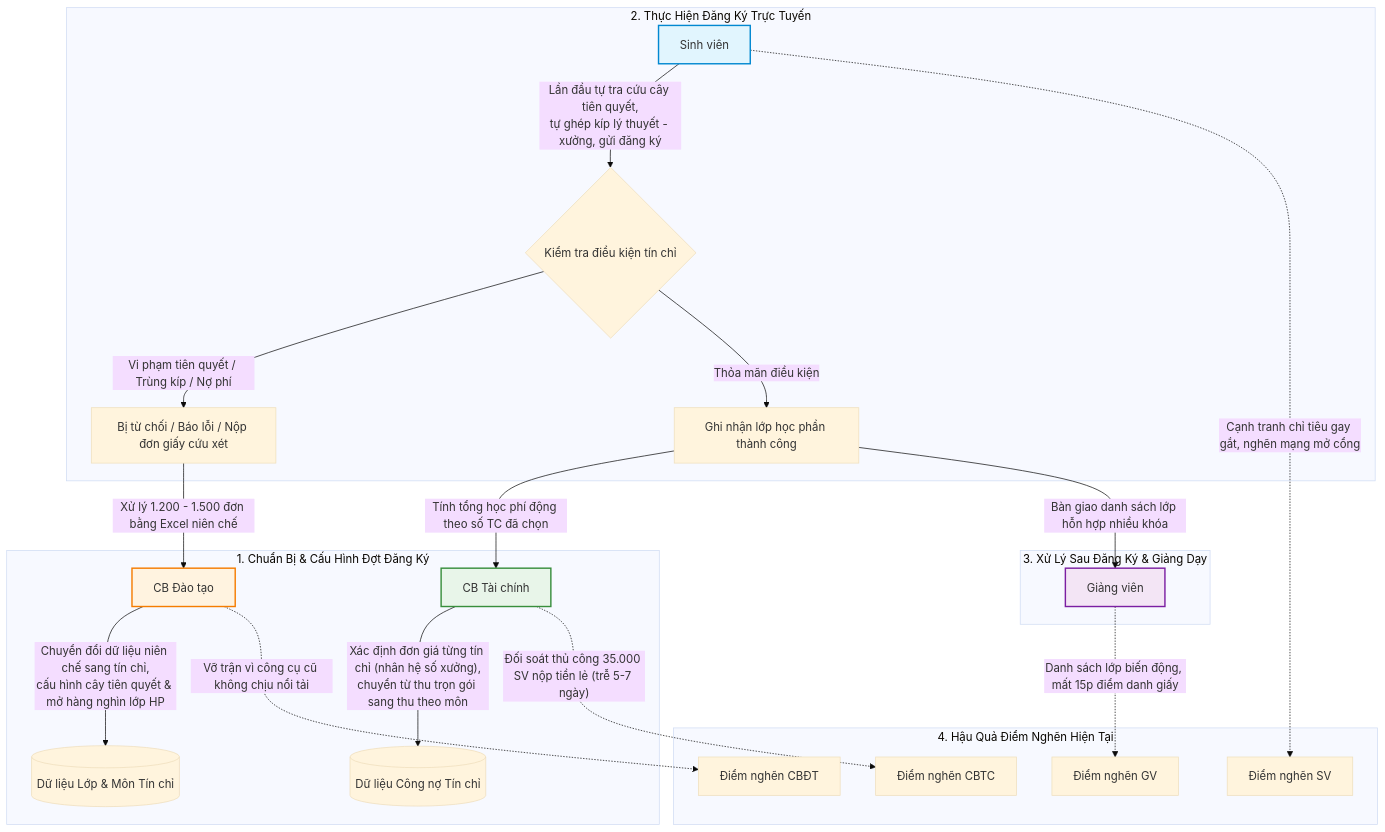
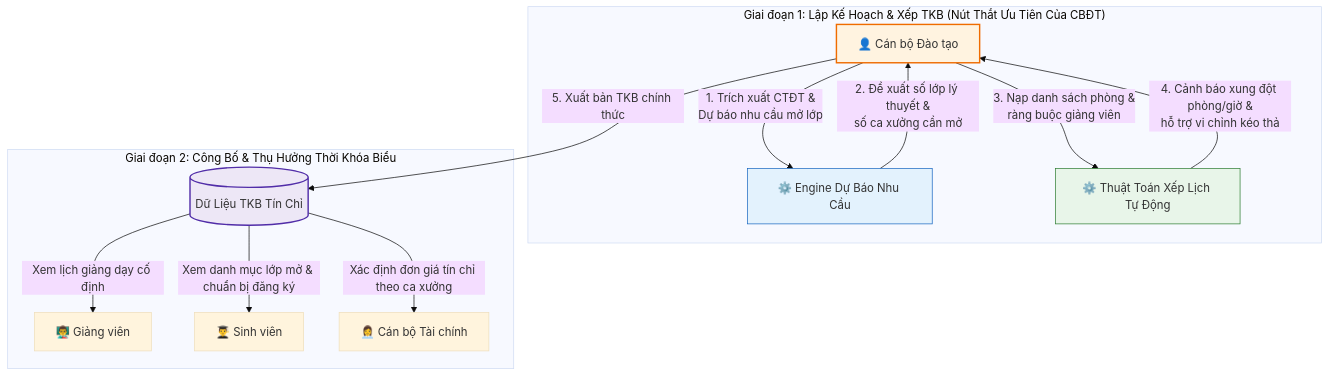
Before and after one commit to cacancap/IT3120_QuanLyDaoTao: the first of 3 diagrams in bai-tap-1/BAO-CAO-TONG-HOP-NHOM.md, drawn with Mermaid (base theme). The commit also changed other lines of this file and 1 other file, not shown here.

````diff
--- a/bai-tap-1/BAO-CAO-TONG-HOP-NHOM.md
+++ b/bai-tap-1/BAO-CAO-TONG-HOP-NHOM.md
@@ -121,31 +77,21 @@
 ```mermaid
 flowchart TD
-    subgraph G1["1. Chuẩn Bị & Cấu Hình Đợt Đăng Ký"]
-        A["CB Đào tạo"] -->|"Chuyển đổi dữ liệu niên chế sang tín chỉ,<br/>cấu hình cây tiên quyết & mở hàng nghìn lớp HP"| DB[("Dữ liệu Lớp & Môn Tín chỉ")]
-        B["CB Tài chính"] -->|"Xác định đơn giá từng tín chỉ (nhân hệ số xưởng),<br/>chuyển từ thu trọn gói sang thu theo môn"| ACC[("Dữ liệu Công nợ Tín chỉ")]
+    subgraph G1["Giai đoạn 1: Lập Kế Hoạch & Xếp TKB (Nút Thắt Ưu Tiên Của CBĐT)"]
+        CBĐT["👤 Cán bộ Đào tạo"] -->|"1. Trích xuất CTĐT &<br/>Dự báo nhu cầu mở lớp"| PE["⚙️ Engine Dự Báo Nhu Cầu"]
+        PE -->|"2. Đề xuất số lớp lý thuyết &<br/>số ca xưởng cần mở"| CBĐT
+        CBĐT -->|"3. Nạp danh sách phòng &<br/>ràng buộc giảng viên"| SE["⚙️ Thuật Toán Xếp Lịch Tự Động"]
+        SE -->|"4. Cảnh báo xung đột phòng/giờ &<br/>hỗ trợ vi chỉnh kéo thả"| CBĐT
     end
 
-    subgraph G2["2. Thực Hiện Đăng Ký Trực Tuyến"]
-        C["Sinh viên"] -->|"Lần đầu tự tra cứu cây tiên quyết,<br/>tự ghép kíp lý thuyết - xưởng, gửi đăng ký"| GATE{"Kiểm tra điều kiện tín chỉ"}
-        GATE -->|"Vi phạm tiên quyết / Trùng kíp / Nợ phí"| ERR["Bị từ chối / Báo lỗi / Nộp đơn giấy cứu xét"]
-        GATE -->|"Thỏa mãn điều kiện"| SUC["Ghi nhận lớp học phần thành công"]
+    subgraph G2["Giai đoạn 2: Công Bố & Thụ Hưởng Thời Khóa Biểu"]
+        CBĐT -->|"5. Xuất bản TKB chính thức"| PUB[("Dữ Liệu TKB Tín Chỉ")]
+        PUB -->|"Xem lịch giảng dạy cố định"| GV["👨‍🏫 Giảng viên"]
+        PUB -->|"Xem danh mục lớp mở & chuẩn bị đăng ký"| SV["👨‍🎓 Sinh viên"]
+        PUB -->|"Xác định đơn giá tín chỉ theo ca xưởng"| CBTC["👩‍💼 Cán bộ Tài chính"]
     end
 
-    subgraph G3["3. Xử Lý Sau Đăng Ký & Giảng Dạy"]
-        ERR -->|"Xử lý 1.200 - 1.500 đơn bằng Excel niên chế"| A
-        SUC -->|"Tính tổng học phí động theo số TC đã chọn"| B
-        SUC -->|"Bàn giao danh sách lớp hỗn hợp nhiều khóa"| D["Giảng viên"]
-    end
-
-    subgraph G4["4. Hậu Quả Điểm Nghẽn Hiện Tại"]
-        A -.->|"Vỡ trận vì công cụ cũ không chịu nổi tải"| P2["Điểm nghẽn CBĐT"]
-        B -.->|"Đối soát thủ công 35.000 SV nộp tiền lẻ (trễ 5-7 ngày)"| P3["Điểm nghẽn CBTC"]
-        C -.->|"Cạnh tranh chỉ tiêu gay gắt, nghẽn mạng mở cổng"| P1["Điểm nghẽn SV"]
-        D -.->|"Danh sách lớp biến động, mất 15p điểm danh giấy"| P4["Điểm nghẽn GV"]
-    end
-
-    style C fill:#e1f5fe,stroke:#0288d1,stroke-width:2px
-    style A fill:#fff3e0,stroke:#f57c00,stroke-width:2px
-    style B fill:#e8f5e9,stroke:#388e3c,stroke-width:2px
-    style D fill:#f3e5f5,stroke:#7b1fa2,stroke-width:2px
+    style CBĐT fill:#fff3e0,stroke:#ef6c00,stroke-width:2px
+    style PE fill:#e3f2fd,stroke:#1565c0,stroke-width:1px
+    style SE fill:#e8f5e9,stroke:#2e7d32,stroke-width:1px
+    style PUB fill:#ede7f6,stroke:#512da8,stroke-width:2px
 ```
````
